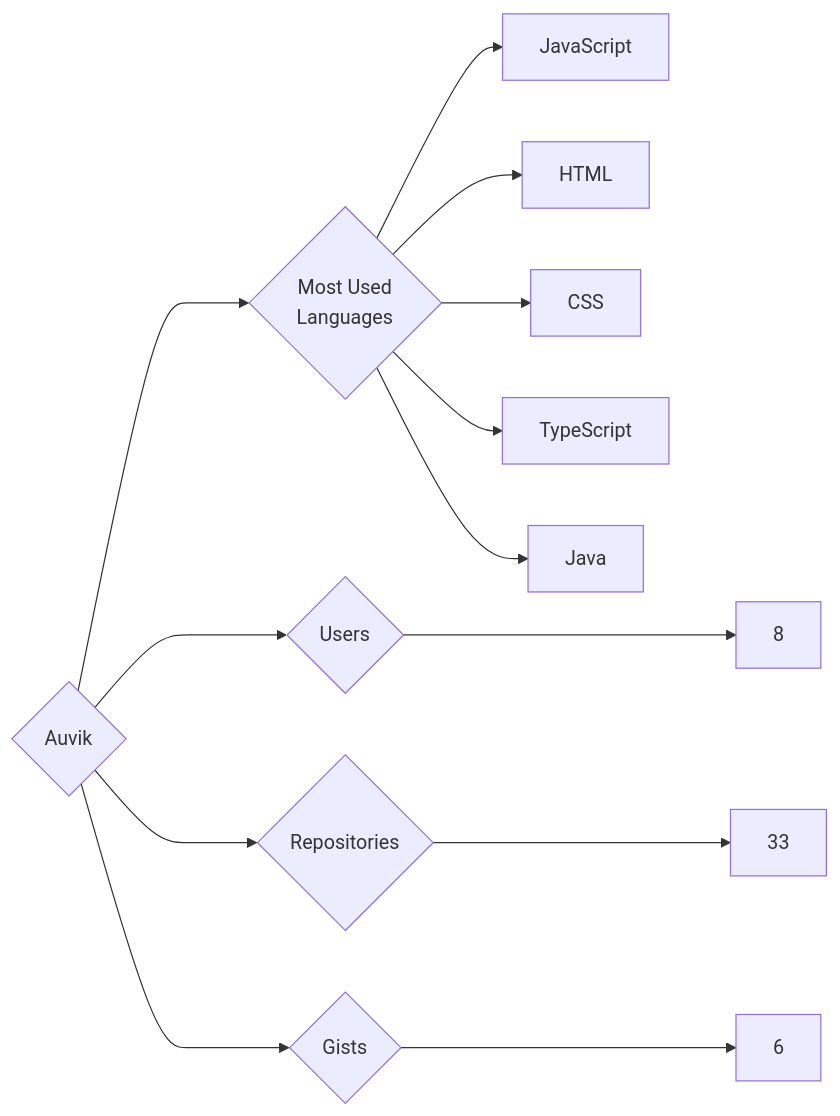
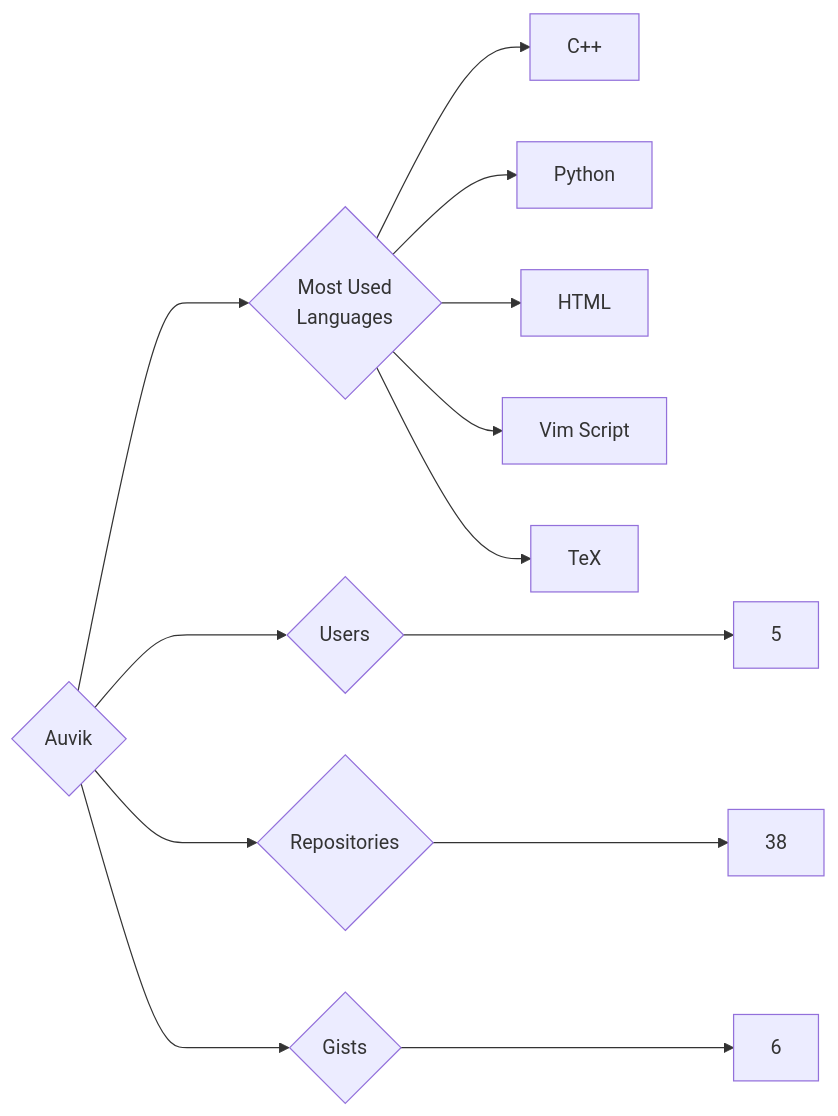
Before and after one commit to trickest/insiders: the diagram in targets/Auvik/README.md, drawn with Mermaid. The commit also changed 699 other files, not shown here.

````diff
--- a/targets/Auvik/README.md
+++ b/targets/Auvik/README.md
@@ -3,13 +3,13 @@
 ```mermaid
 graph LR
 COMPANY_NAME{Auvik}
-COMPANY_NAME ---> U{Users} ---> UN[8]
-COMPANY_NAME ---> R{Repositories} ---> RN[33]
+COMPANY_NAME ---> U{Users} ---> UN[5]
+COMPANY_NAME ---> R{Repositories} ---> RN[38]
 COMPANY_NAME ---> G{Gists} ---> GN[6]
 COMPANY_NAME ---> ML{Most Used<br>Languages}
-ML --> JavaScript[JavaScript]
+ML --> C++[C++]
+ML --> Python[Python]
 ML --> HTML[HTML]
-ML --> CSS[CSS]
-ML --> TypeScript[TypeScript]
-ML --> Java[Java]
+ML --> Vim_Script[Vim Script]
+ML --> TeX[TeX]
 ```
````
